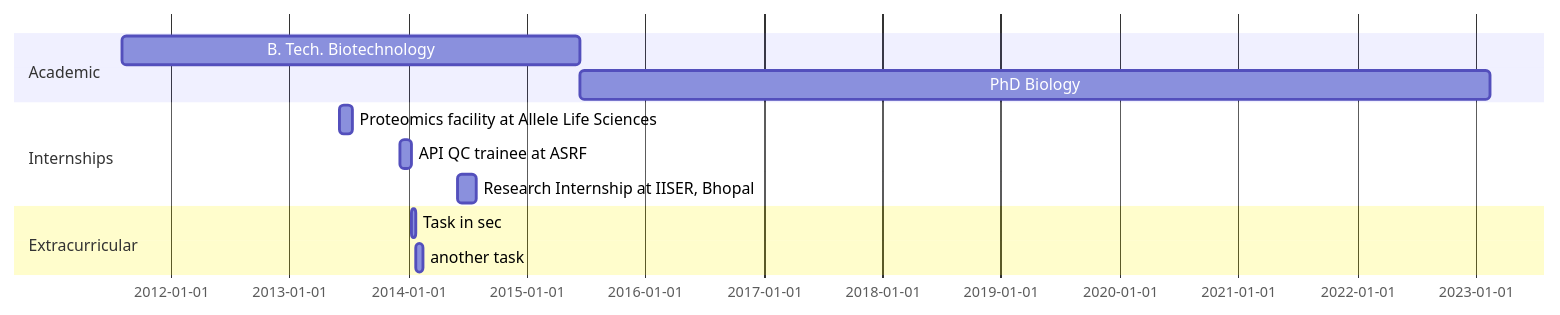
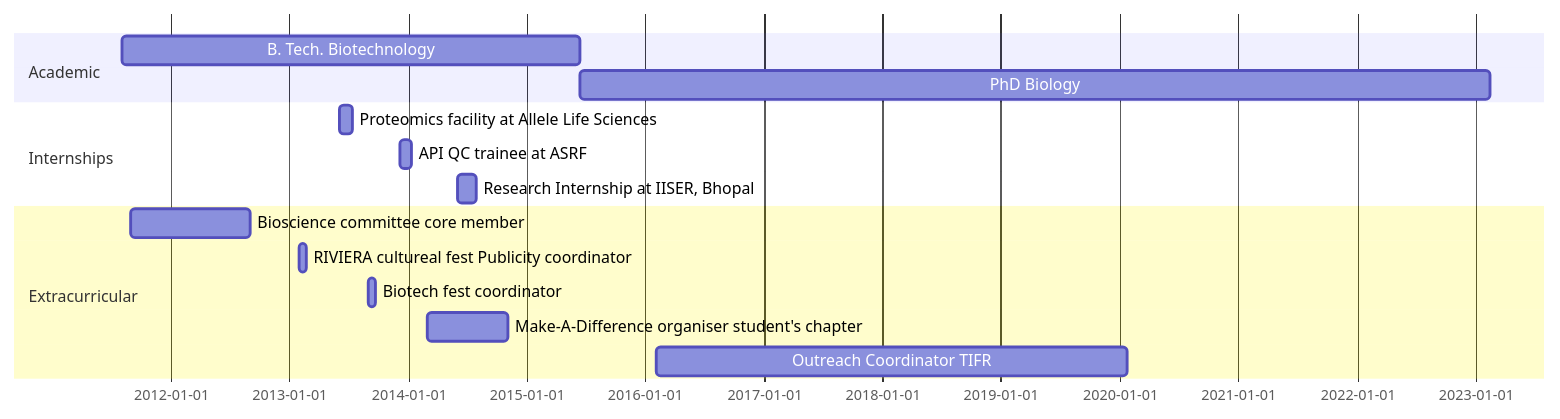
Before and after one commit to vidursa/vidur-academic-page: the diagram in content/home/experience.md, drawn with Mermaid. The commit also changed other lines of this file, not shown here.

Commit message:
gantt-update

````diff
--- a/content/home/experience.md
+++ b/content/home/experience.md
@@ -81,14 +74,18 @@
 ```mermaid
 gantt
   dateFormat  YYYY-MM-DD
   section Academic
   B. Tech. Biotechnology  :a1, 2011-08-05, 1411d
   PhD Biology   :after a1  , 2800d
   section Internships
   Proteomics facility at Allele Life Sciences  :b1, 2013-06-03  , 40d
   API QC trainee at ASRF      : b2, 2013-12-06  , 35d
   Research Internship at IISER, Bhopal      : b3, 2014-06-02  , 58d
   section Extracurricular
-  Task in sec      :2014-01-12  , 12d
-  another task      : 24d
+  Bioscience committee core member :c1, 2011-09-02  , 365d
+  RIVIERA cultureal fest Publicity coordinator :c4, 2013-02-02  , 20d
+  Biotech fest coordinator :c2, 2013-09-02  , 20d
+  Make-A-Difference organiser student's chapter :c3, 2014-03-01  , 250d
+  Outreach Coordinator TIFR : c5, 2016-02-05, 1450d
+
 ```
````
